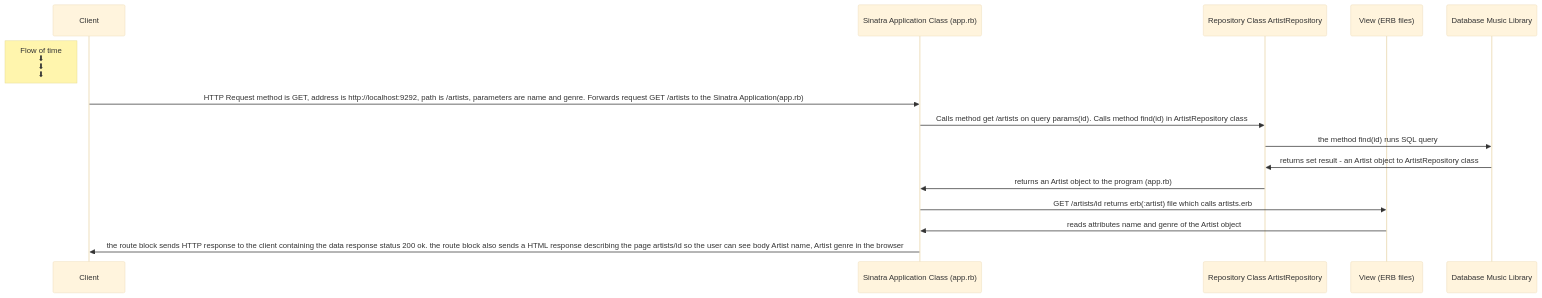
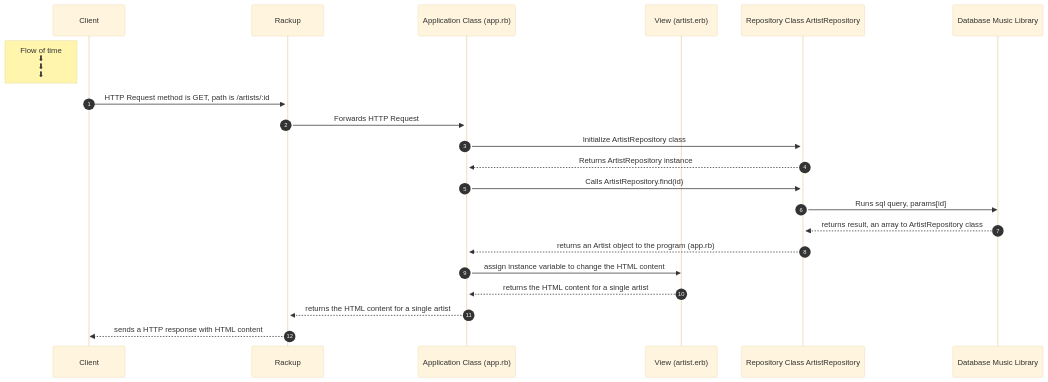
Before and after one commit to AndreeaDinculescu/music_library_database_app: the diagram in get_artists_diagram.md, drawn with Mermaid (base theme). The commit also changed 2 other files, not shown here.

Commit message:
Updated commit

````diff
--- a/get_artists_diagram.md
+++ b/get_artists_diagram.md
@@ -1,17 +1,23 @@
 ```mermaid
 sequenceDiagram
   participant C as Client
-  participant A as Sinatra Application Class (app.rb)
+  participant RU as Rackup
+  participant A as Application Class (app.rb)
+  participant V as View (artist.erb)
   participant R as Repository Class ArtistRepository
-  participant V as View (ERB files)
   participant D as Database Music Library
-  Note left of C: Flow of time <br />⬇ <br /> ⬇ <br /> ⬇ 
-  C->>A: HTTP Request method is GET, address is http://localhost:9292, path is /artists, parameters are name and genre. Forwards request GET /artists to the Sinatra Application(app.rb)
-  A->>R: Calls method get /artists on query params(id). Calls method find(id) in ArtistRepository class
-  R->>D: the method find(id) runs SQL query
-  D->>R: returns set result - an Artist object to ArtistRepository class
-  R->>A: returns an Artist object to the program (app.rb)
-  A->>V: GET /artists/id returns erb(:artist) file which calls artists.erb
-  V->>A: reads attributes name and genre of the Artist object
-  A->>C: the route block sends HTTP response to the client containing the data  response status 200 ok. the route block also sends a HTML response describing the page artists/id so the user can see body Artist name, Artist genre in the browser
+  Note left of C: Flow of time <br />⬇ <br /> ⬇ <br /> ⬇
+  autonumber
+  C->>+RU: HTTP Request method is GET, path is /artists/:id
+  RU->>+A: Forwards HTTP Request
+  A->>+R: Initialize ArtistRepository class
+  R-->>A: Returns ArtistRepository instance
+  A->>R: Calls ArtistRepository.find(id)
+  R->>D: Runs sql query, params[id]
+  D-->>R: returns result, an array to ArtistRepository class
+  R-->>A: returns an Artist object to the program (app.rb)
+  A->>V: assign instance variable to change the HTML content
+  V-->>A: returns the HTML content for a single artist
+  A-->>RU: returns the HTML content for a single artist
+  RU-->>C: sends a HTTP response with HTML content
 ```
````
